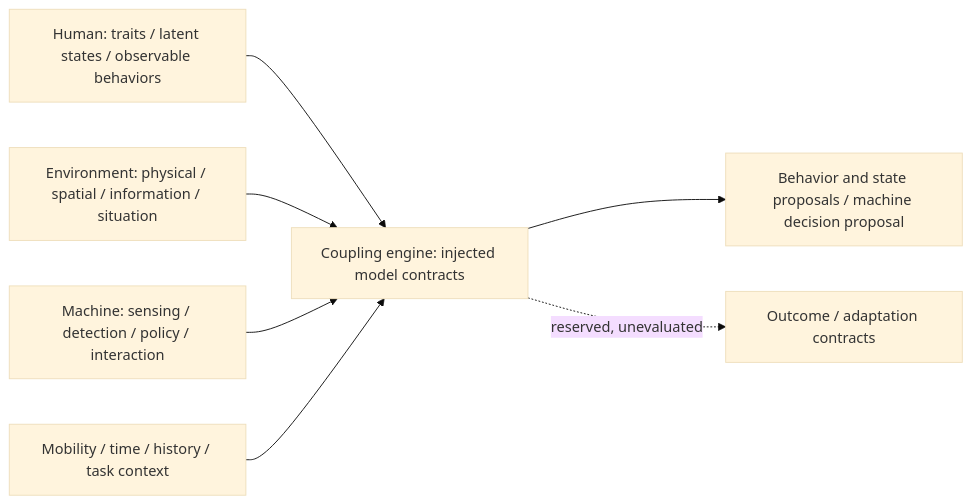
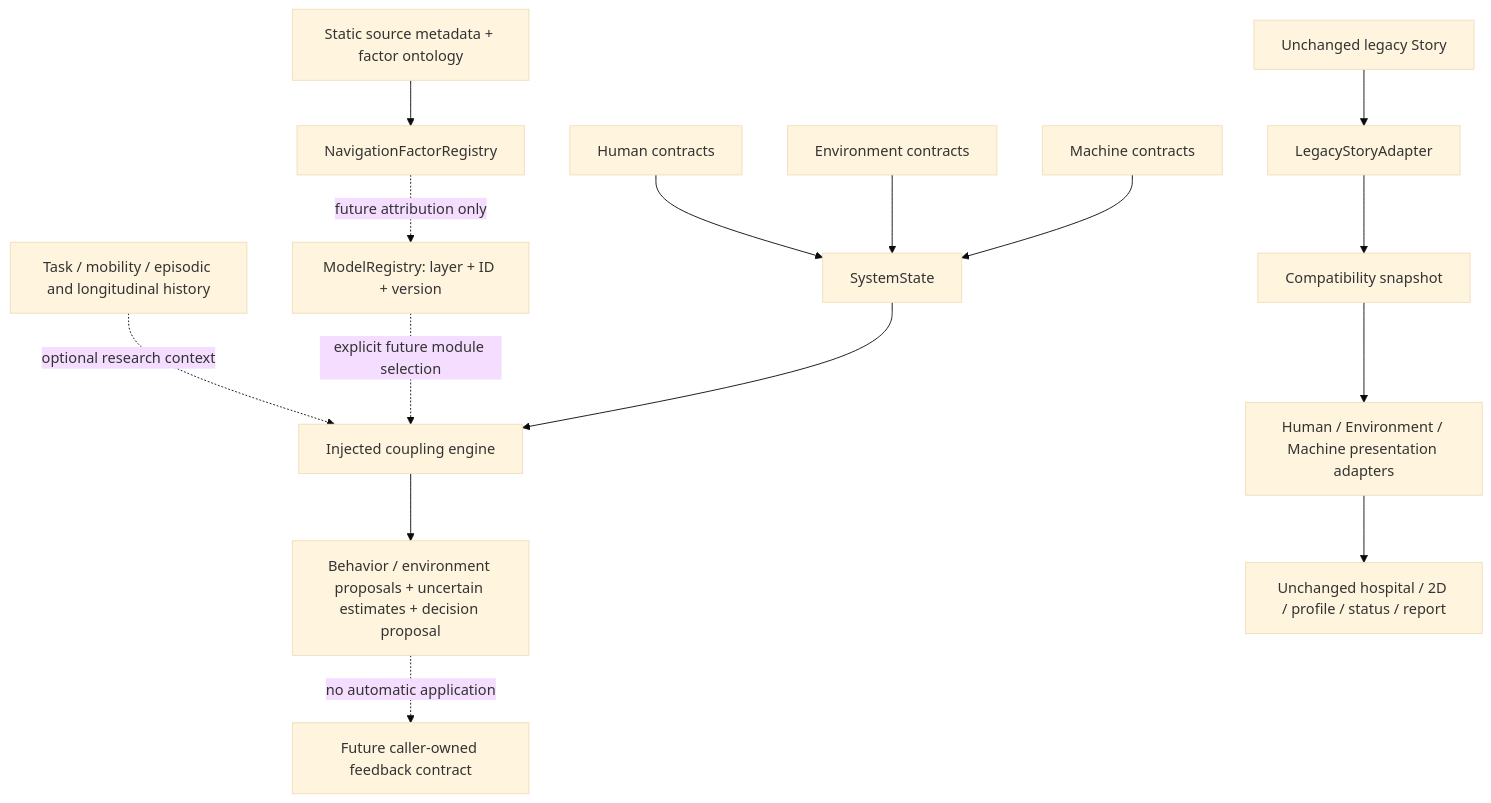
Before and after one commit to zhoujia07-hash/NewResearchParadigm: the diagram in HME_ARCHITECTURE.md, drawn with Mermaid (base theme). The commit also changed other lines of this file and 28 other files, not shown here.

Commit message:
Refine HME architecture with Nature navigation evidence

````diff
--- a/HME_ARCHITECTURE.md
+++ b/HME_ARCHITECTURE.md
@@ -14,9 +200,17 @@
 ```mermaid
-flowchart LR
-  H[Human: traits / latent states / observable behaviors] --> C[Coupling engine: injected model contracts]
-  E[Environment: physical / spatial / information / situation] --> C
-  M[Machine: sensing / detection / policy / interaction] --> C
-  T[Mobility / time / history / task context] --> C
-  C --> P[Behavior and state proposals / machine decision proposal]
-  C -. reserved, unevaluated .-> O[Outcome / adaptation contracts]
+flowchart TD
+  Sources[Static source metadata + factor ontology] --> FR[NavigationFactorRegistry]
+  FR -. future attribution only .-> MR[ModelRegistry: layer + ID + version]
+  H[Human contracts] --> SS[SystemState]
+  E[Environment contracts] --> SS
+  M[Machine contracts] --> SS
+  R[Task / mobility / episodic and longitudinal history] -. optional research context .-> CE[Injected coupling engine]
+  MR -. explicit future module selection .-> CE
+  SS --> CE
+  CE --> P[Behavior / environment proposals + uncertain estimates + decision proposal]
+  P -. no automatic application .-> F[Future caller-owned feedback contract]
+  LS[Unchanged legacy Story] --> LA[LegacyStoryAdapter]
+  LA --> S[Compatibility snapshot]
+  S --> PA[Human / Environment / Machine presentation adapters]
+  PA --> UI[Unchanged hospital / 2D / profile / status / report]
 ```
````
